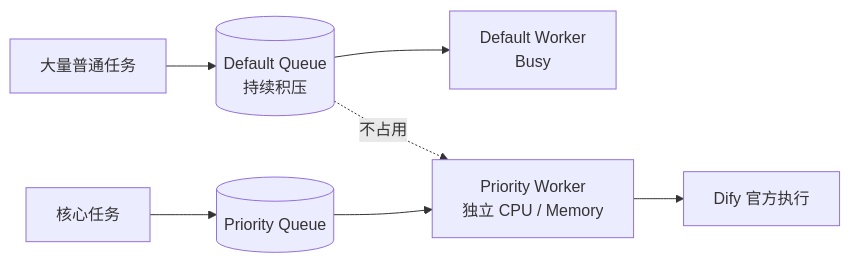
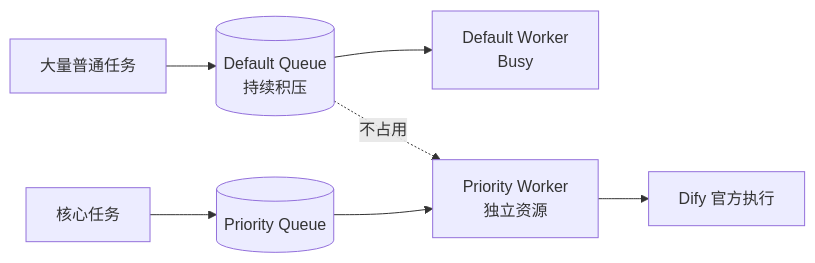
Before and after one commit to sgfd-ui/internship: the fourth of 6 diagrams in weekly-report/dify-execution-engine-isolation-plan.md, drawn with Mermaid. The commit also changed other lines of this file, not shown here.

Commit message:
docs: merge architecture chapters and refresh diagrams

````diff
--- a/weekly-report/dify-execution-engine-isolation-plan.md
+++ b/weekly-report/dify-execution-engine-isolation-plan.md
@@ -165,11 +132,11 @@
 ```mermaid
 flowchart LR
     A[大量普通任务] --> DQ[(Default Queue<br/>持续积压)]
     DQ --> DW[Default Worker<br/>Busy]
 
     B[核心任务] --> PQ[(Priority Queue)]
-    PQ --> PW[Priority Worker<br/>独立 CPU / Memory]
+    PQ --> PW[Priority Worker<br/>独立资源]
     PW --> E[Dify 官方执行]
 
     DQ -.不占用.-> PW
 ```
````
